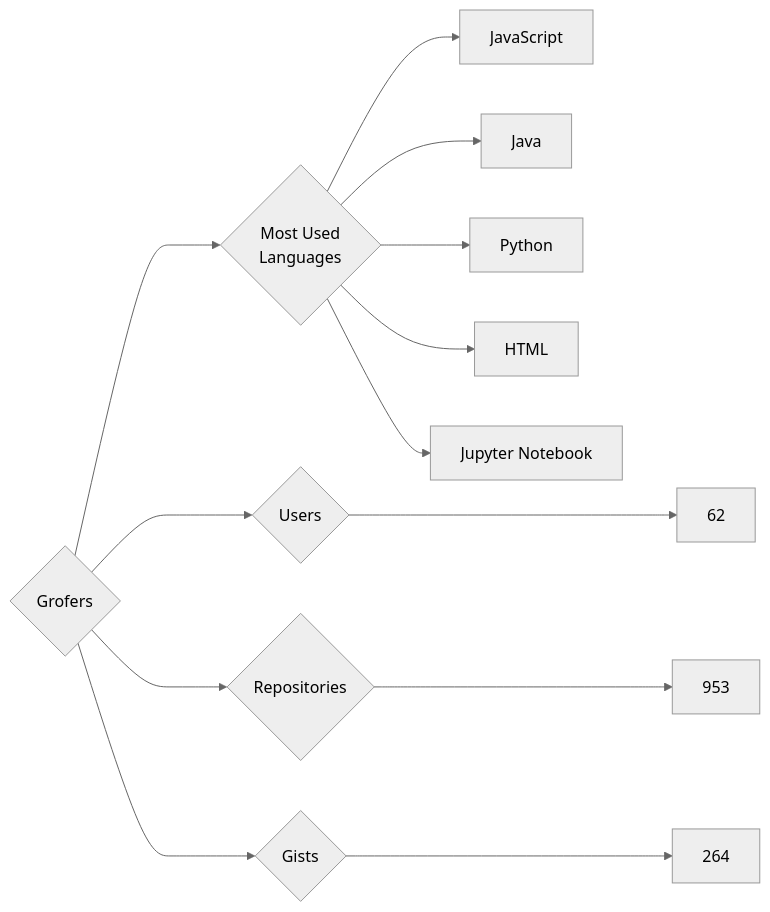
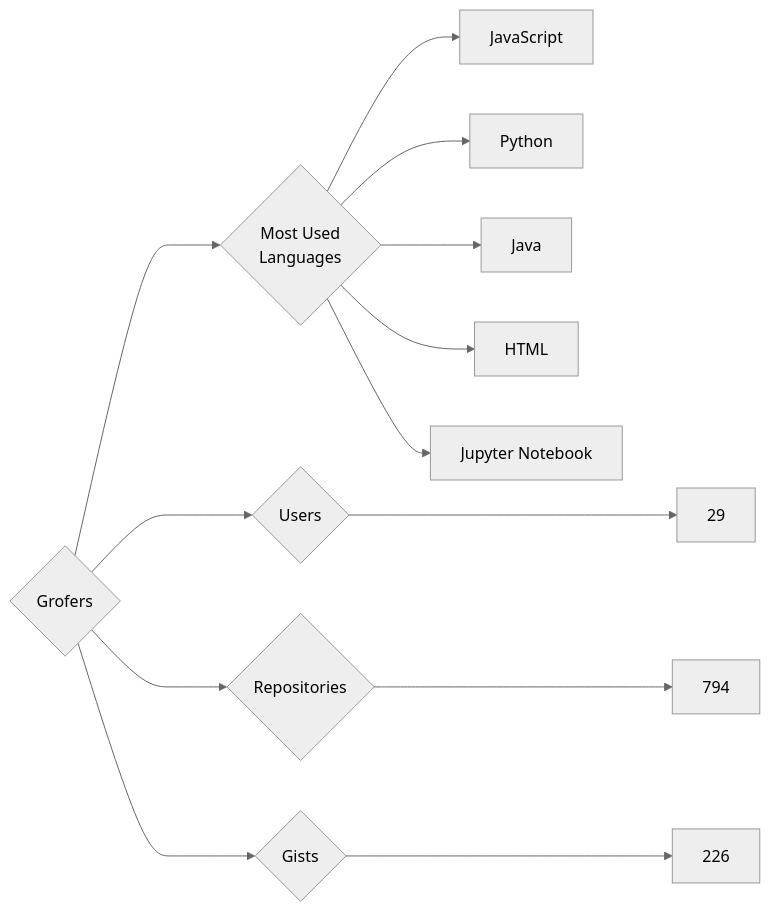
Before and after one commit to trickest/insiders: the diagram in targets/Grofers/README.md, drawn with Mermaid (neutral theme). The commit also changed 870 other files, not shown here.

````diff
--- a/targets/Grofers/README.md
+++ b/targets/Grofers/README.md
@@ -3,13 +3,13 @@
 ```mermaid
 graph LR
 COMPANY_NAME{Grofers}
-COMPANY_NAME ---> U{Users} ---> UN[62]
-COMPANY_NAME ---> R{Repositories} ---> RN[953]
-COMPANY_NAME ---> G{Gists} ---> GN[264]
+COMPANY_NAME ---> U{Users} ---> UN[29]
+COMPANY_NAME ---> R{Repositories} ---> RN[794]
+COMPANY_NAME ---> G{Gists} ---> GN[226]
 COMPANY_NAME ---> ML{Most Used<br>Languages}
 ML --> JavaScript[JavaScript]
+ML --> Python[Python]
 ML --> Java[Java]
-ML --> Python[Python]
 ML --> HTML[HTML]
 ML --> Jupyter_Notebook[Jupyter Notebook]
 ```
````
